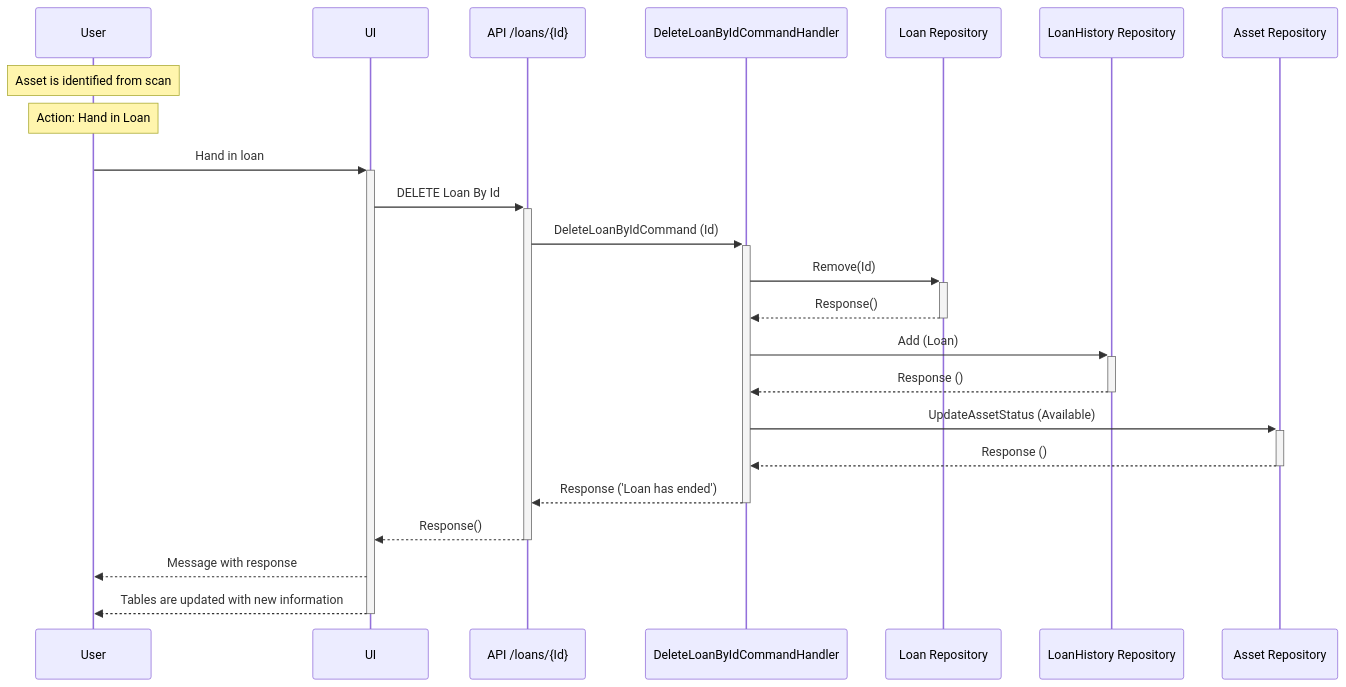
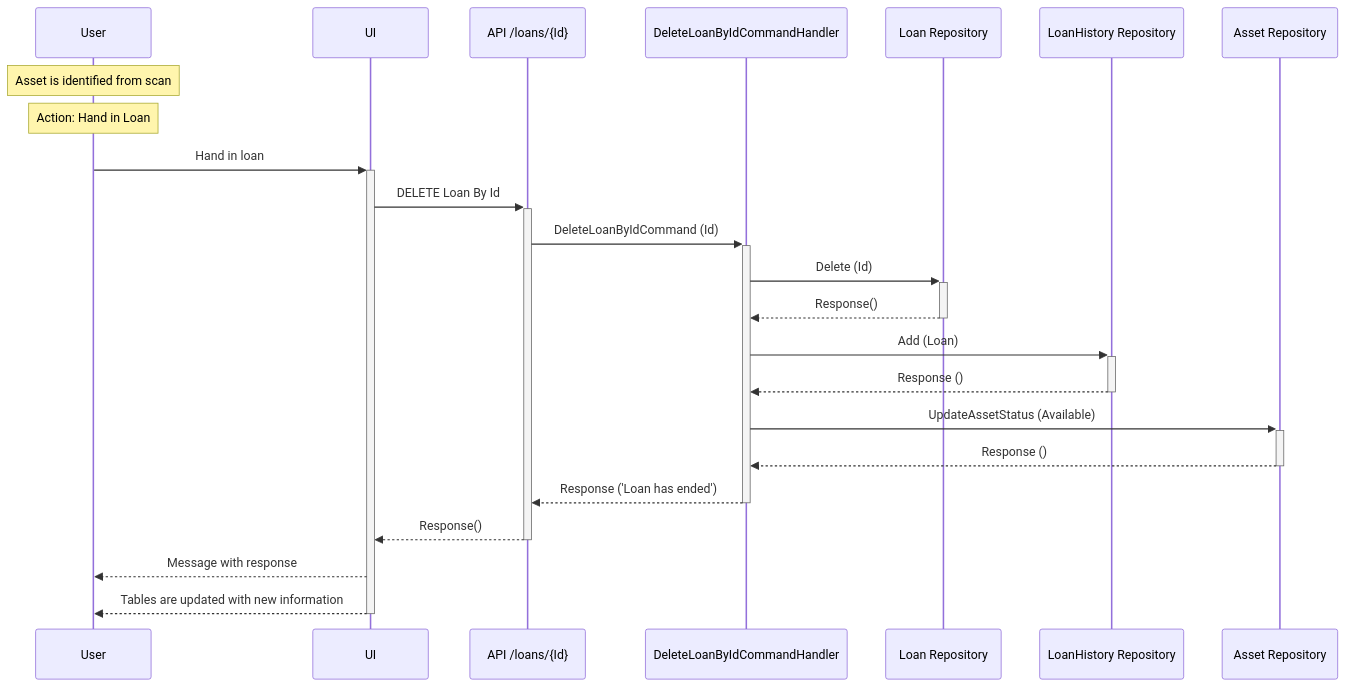
The second of 3 diagrams in docs/sequence-diagrams/loan-actions.md (livun/bouvet-asset-hub), drawn with Mermaid before and after one commit. The commit also changed other lines of this file and 4 other files, not shown here.

````diff
--- a/docs/sequence-diagrams/loan-actions.md
+++ b/docs/sequence-diagrams/loan-actions.md
@@ -29,22 +29,22 @@
 ```mermaid
 sequenceDiagram
     Note over User : Asset is identified from scan
     Note over User : Action: Hand in Loan
     User ->>+ UI: Hand in loan
         UI ->>+ API /loans/{Id} : DELETE Loan By Id
             API /loans/{Id}  ->>+ DeleteLoanByIdCommandHandler : DeleteLoanByIdCommand (Id)
-                DeleteLoanByIdCommandHandler ->>+ Loan Repository : Remove(Id)
+                DeleteLoanByIdCommandHandler ->>+ Loan Repository : Delete (Id)
                 Loan Repository -->>- DeleteLoanByIdCommandHandler : Response()
                 
                 DeleteLoanByIdCommandHandler ->>+ LoanHistory Repository : Add (Loan)
                 LoanHistory Repository -->>- DeleteLoanByIdCommandHandler : Response ()
                 
                 DeleteLoanByIdCommandHandler ->>+ Asset Repository : UpdateAssetStatus (Available)
                 Asset Repository -->>- DeleteLoanByIdCommandHandler : Response ()
                
             DeleteLoanByIdCommandHandler -->>- API /loans/{Id}  : Response ('Loan has ended') 
         API /loans/{Id}  -->>- UI : Response()
     UI -->> User : Message with response
     UI -->>- User : Tables are updated with new information
   
 ```
````
